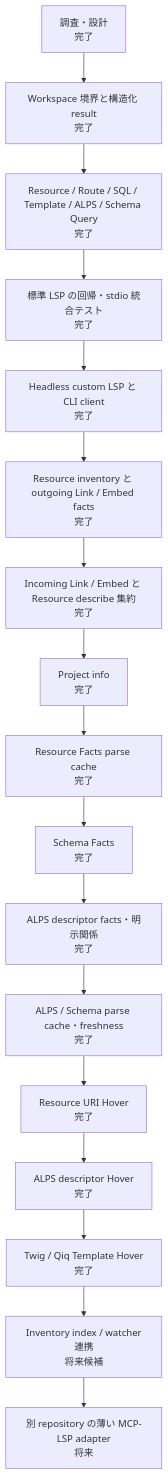
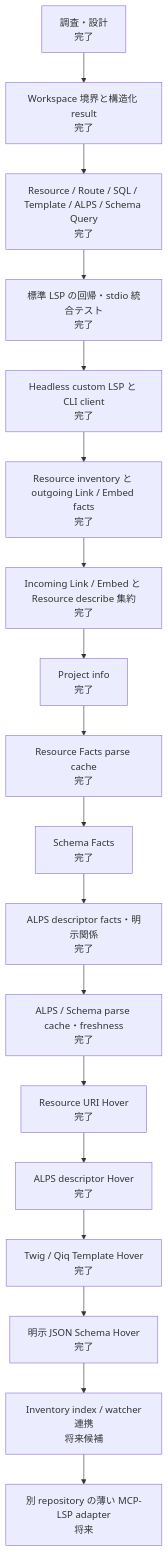
The second of 2 diagrams in docs/semantic-lsp-progress.ja.md (suzumaze/bear-phpactor-extension), drawn with Mermaid before and after one commit. The commit also changed other lines of this file and 9 other files, not shown here.

Commit message:
feat: expose schema facts through standard hover

````diff
--- a/docs/semantic-lsp-progress.ja.md
+++ b/docs/semantic-lsp-progress.ja.md
@@ -31,22 +31,23 @@
 ```mermaid
 flowchart TD
     p0["調査・設計\n完了"]
     p1["Workspace 境界と構造化 result\n完了"]
     p2["Resource / Route / SQL / Template / ALPS / Schema Query\n完了"]
     p3["標準 LSP の回帰・stdio 統合テスト\n完了"]
     p4["Headless custom LSP と CLI client\n完了"]
     p5["Resource inventory と outgoing Link / Embed facts\n完了"]
     p6["Incoming Link / Embed と Resource describe 集約\n完了"]
     p7["Project info\n完了"]
     p75["Resource Facts parse cache\n完了"]
     p76["Schema Facts\n完了"]
     p77["ALPS descriptor facts・明示関係\n完了"]
     p78["ALPS / Schema parse cache・freshness\n完了"]
     p79["Resource URI Hover\n完了"]
     p80["ALPS descriptor Hover\n完了"]
     p81["Twig / Qiq Template Hover\n完了"]
-    p82["Inventory index / watcher連携\n将来候補"]
+    p82["明示 JSON Schema Hover\n完了"]
+    p83["Inventory index / watcher連携\n将来候補"]
     p8["別 repository の薄い MCP-LSP adapter\n将来"]
 
-    p0 --> p1 --> p2 --> p3 --> p4 --> p5 --> p6 --> p7 --> p75 --> p76 --> p77 --> p78 --> p79 --> p80 --> p81 --> p82 --> p8
+    p0 --> p1 --> p2 --> p3 --> p4 --> p5 --> p6 --> p7 --> p75 --> p76 --> p77 --> p78 --> p79 --> p80 --> p81 --> p82 --> p83 --> p8
 ```
````
